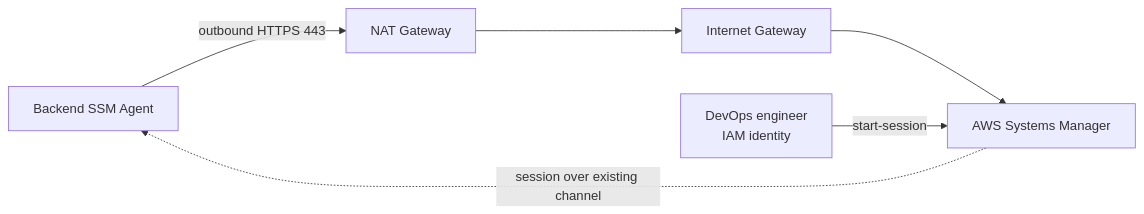
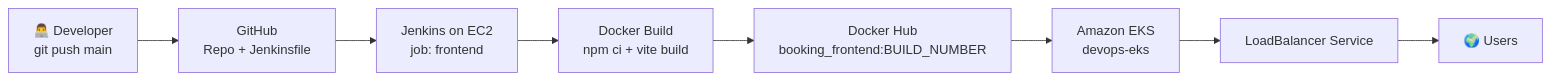
Before and after one commit to ajaydhadi95-gif/terraform-aws-modular-infrastructure: the second of 3 diagrams in README.md, drawn with Mermaid. The commit also changed other lines of this file, not shown here.

````diff
--- a/README.md
+++ b/README.md
@@ -126,8 +129,10 @@
 ```mermaid
 flowchart LR
-    A[Backend SSM Agent] -- "outbound HTTPS 443" --> B[NAT Gateway]
-    B --> C[Internet Gateway]
-    C --> D[AWS Systems Manager]
-    E[DevOps engineer<br/>IAM identity] -- "start-session" --> D
-    D -. "session over existing channel" .-> A
+    A[👨‍💻 Developer<br/>git push main] --> B[GitHub<br/>Repo + Jenkinsfile]
+    B --> C[Jenkins on EC2<br/>job: frontend]
+    C --> D[Docker Build<br/>npm ci + vite build]
+    D --> E[Docker Hub<br/>booking_frontend:BUILD_NUMBER]
+    E --> F[Amazon EKS<br/>devops-eks]
+    F --> G[LoadBalancer Service]
+    G --> H[🌍 Users]
 ```
````
